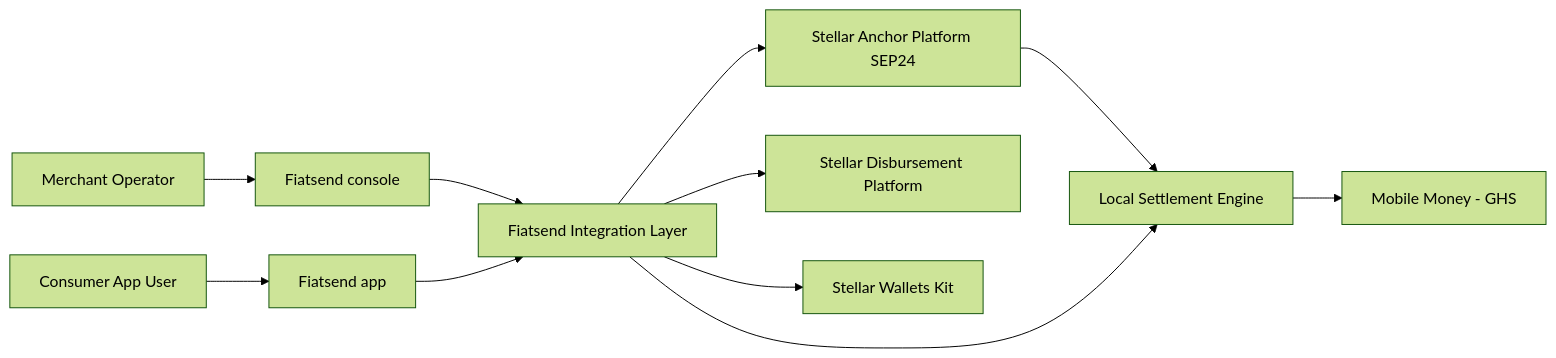
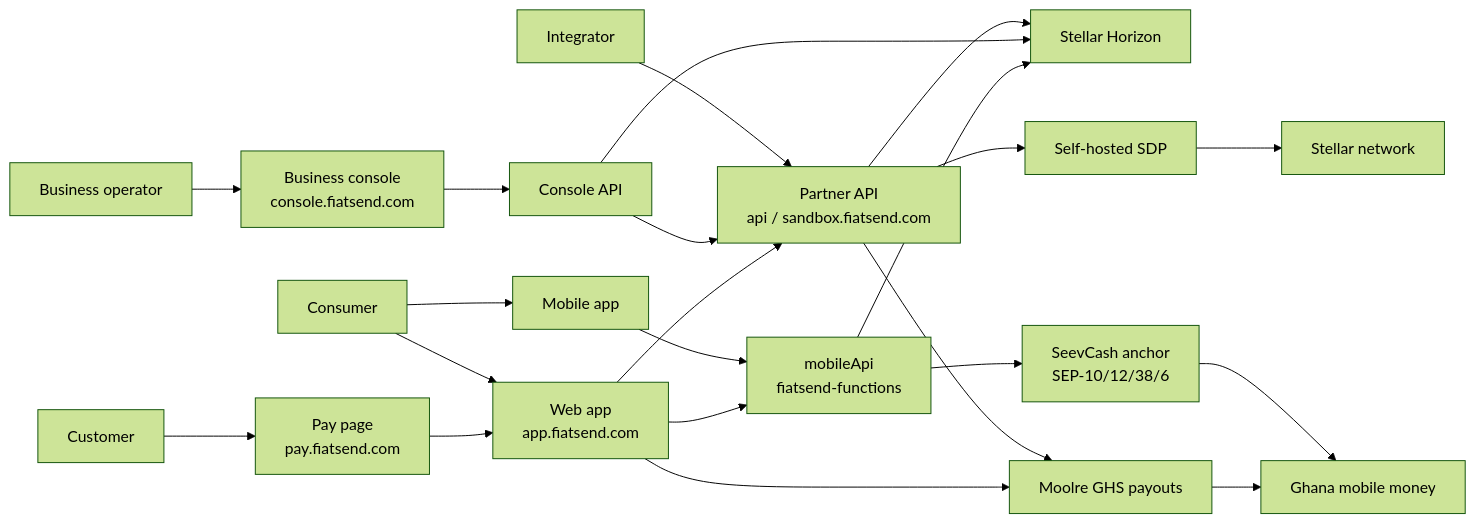
One commit to fiatsend/techical-achitecture changed the first of 7 diagrams in Fiatsend-Technical-Architecture-SCF43-Integration.md. Above: the diagram before and after it, drawn with Mermaid (forest theme). The commit also changed other lines of this file, not shown here.

First line of the commit message:
Update the SCF43 architecture to what is built and live

````diff
--- a/Fiatsend-Technical-Architecture-SCF43-Integration.md
+++ b/Fiatsend-Technical-Architecture-SCF43-Integration.md
@@ -124,13 +56,26 @@
 ```mermaid
 flowchart LR
-    Merchant[Merchant Operator] --> Console[Fiatsend console]
-    Consumer[Consumer App User] --> Main[Fiatsend app]
-    Console --> Integration[Fiatsend Integration Layer]
-    Main --> Integration
-    Integration --> AP[Stellar Anchor Platform SEP24]
-    Integration --> SDP[Stellar Disbursement Platform]
-    Integration --> WK[Stellar Wallets Kit]
-    AP --> Settlement[Local Settlement Engine]
-    Integration --> Settlement
-    Settlement --> Ghana[Mobile Money - GHS]
+    Biz[Business operator] --> Console[Business console<br/>console.fiatsend.com]
+    Payer[Customer] --> Pay[Pay page<br/>pay.fiatsend.com]
+    Consumer[Consumer] --> Web[Web app<br/>app.fiatsend.com]
+    Consumer --> Mobile[Mobile app]
+    Dev[Integrator] --> PAPI[Partner API<br/>api / sandbox.fiatsend.com]
+
+    Console --> CAPI[Console API]
+    CAPI --> PAPI
+    Pay --> Web
+    Web --> PAPI
+    Mobile --> MAPI[mobileApi<br/>fiatsend-functions]
+    Web --> MAPI
+
+    PAPI --> Horizon[Stellar Horizon]
+    PAPI --> SDP[Self-hosted SDP]
+    CAPI --> Horizon
+    MAPI --> Horizon
+    MAPI --> Seev[SeevCash anchor<br/>SEP-10/12/38/6]
+    SDP --> Stellar[Stellar network]
+    Seev --> MoMo[Ghana mobile money]
+    PAPI --> Moolre[Moolre GHS payouts]
+    Web --> Moolre
+    Moolre --> MoMo
 ```
````
